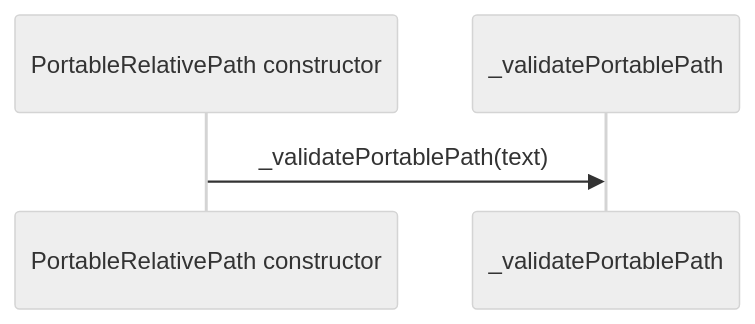
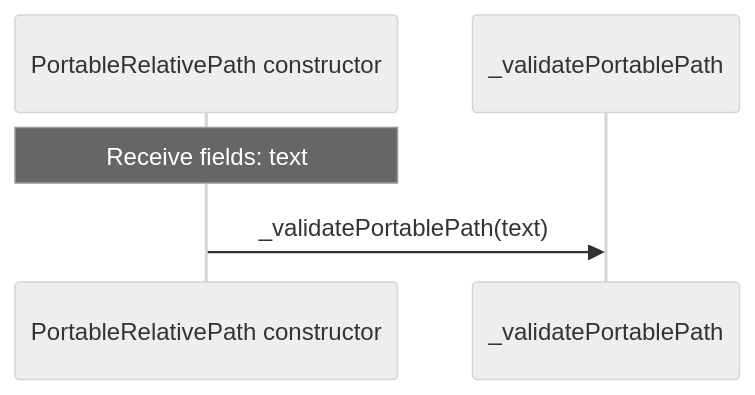
Before and after one commit to GreenPandaStudios/augscript: the third of 9 diagrams in src/stdlib/values/paths.aug.diagrams.md, drawn with Mermaid (neutral theme). The commit also changed 289 other files, not shown here.

Commit message:
Correct diagram control flow and complete generated wiki navigation

````diff
--- a/src/stdlib/values/paths.aug.diagrams.md
+++ b/src/stdlib/values/paths.aug.diagrams.md
@@ -60,6 +60,7 @@
 ```mermaid
 sequenceDiagram
     participant p0 as PortableRelativePath constructor
     participant p1 as _validatePortablePath
+    Note over p0: Receive fields: text
     p0->>p1: _validatePortablePath(text)
 ```
````
